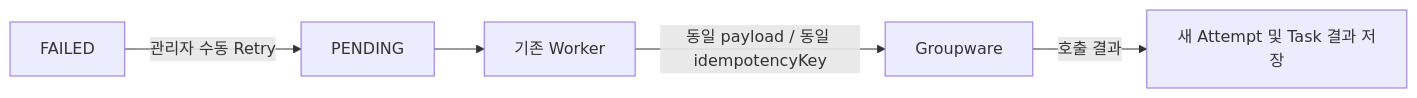
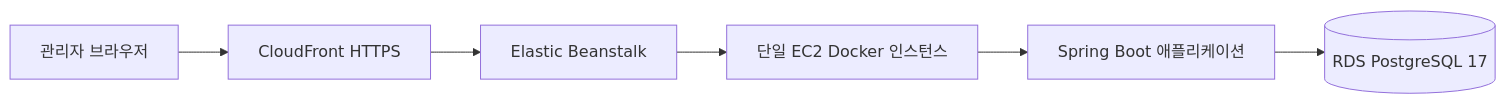
One commit to kimsooin77/Sync changed the third of 3 diagrams in README.md. Above: the diagram before and after it, drawn with Mermaid. The commit also changed other lines of this file and 9 other files, not shown here.

````diff
--- a/README.md
+++ b/README.md
@@ -149,7 +120,8 @@
 ```mermaid
 flowchart LR
-    F[FAILED] -->|관리자 수동 Retry| P[PENDING]
-    P --> W[기존 Worker]
-    W -->|동일 payload / 동일 idempotencyKey| G[Groupware]
-    G -->|호출 결과| S[새 Attempt 및 Task 결과 저장]
+    Browser[관리자 브라우저] --> CF[CloudFront HTTPS]
+    CF --> EB[Elastic Beanstalk]
+    EB --> EC2[단일 EC2 Docker 인스턴스]
+    EC2 --> App[Spring Boot 애플리케이션]
+    App --> RDS[(RDS PostgreSQL 17)]
 ```
````
